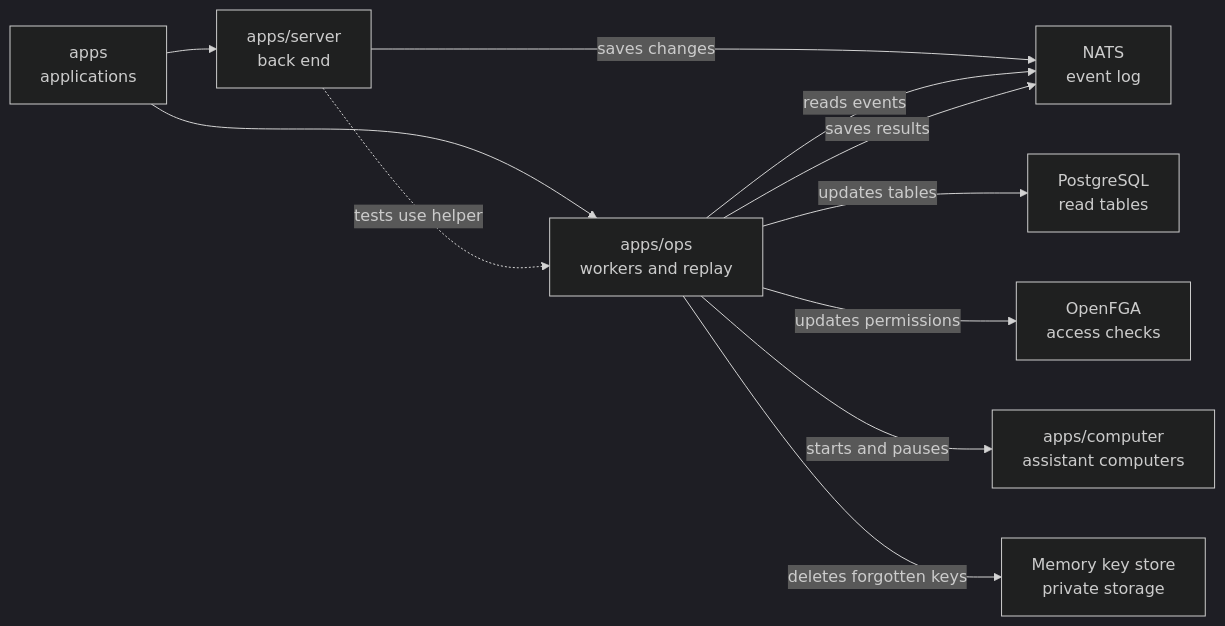
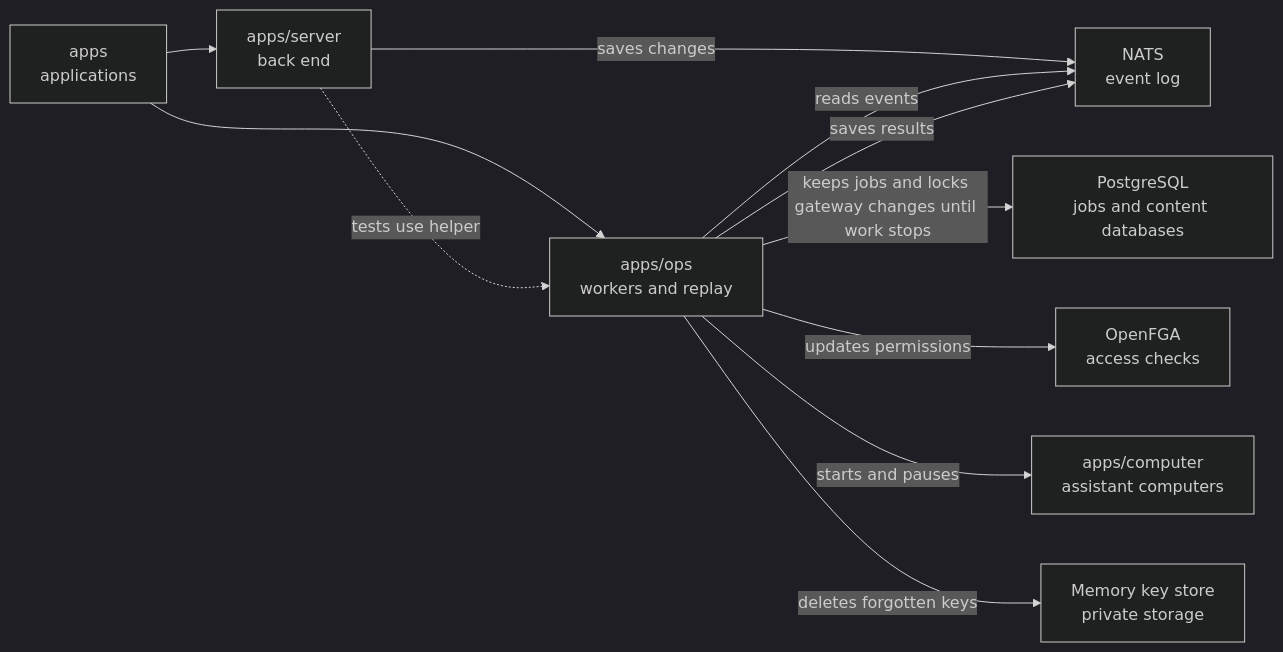
Before and after one commit to elewa-git/opencrane-new: the diagram in apps/ops/README.md, drawn with Mermaid (dark theme). The commit also changed other lines of this file and 34 other files, not shown here.

First line of the commit message:
🔒 Gateway settings are prepared and delivered under one lock, and a lost lock stops delivery (#632)

````diff
--- a/apps/ops/README.md
+++ b/apps/ops/README.md
@@ -17,13 +17,13 @@
 ```mermaid
 flowchart LR
   apps["apps<br/>applications"] --> ops["apps/ops<br/>workers and replay"]
   apps --> server["apps/server<br/>back end"]
   server -.->|tests use helper| ops
   server -->|saves changes| nats["NATS<br/>event log"]
   ops -->|reads events| nats
   ops -->|saves results| nats
-  ops -->|updates tables| pg["PostgreSQL<br/>read tables"]
+  ops -->|keeps jobs and locks gateway changes until work stops| pg["PostgreSQL<br/>jobs and content databases"]
   ops -->|updates permissions| fga["OpenFGA<br/>access checks"]
   ops -->|starts and pauses| computer["apps/computer<br/>assistant computers"]
   ops -->|deletes forgotten keys| keys["Memory key store<br/>private storage"]
 ```
````
